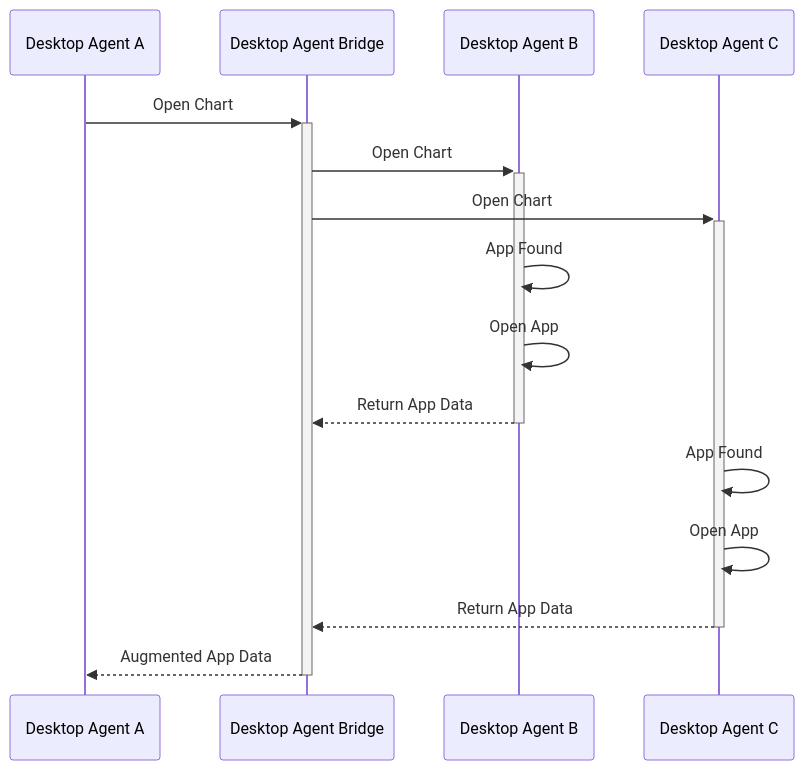
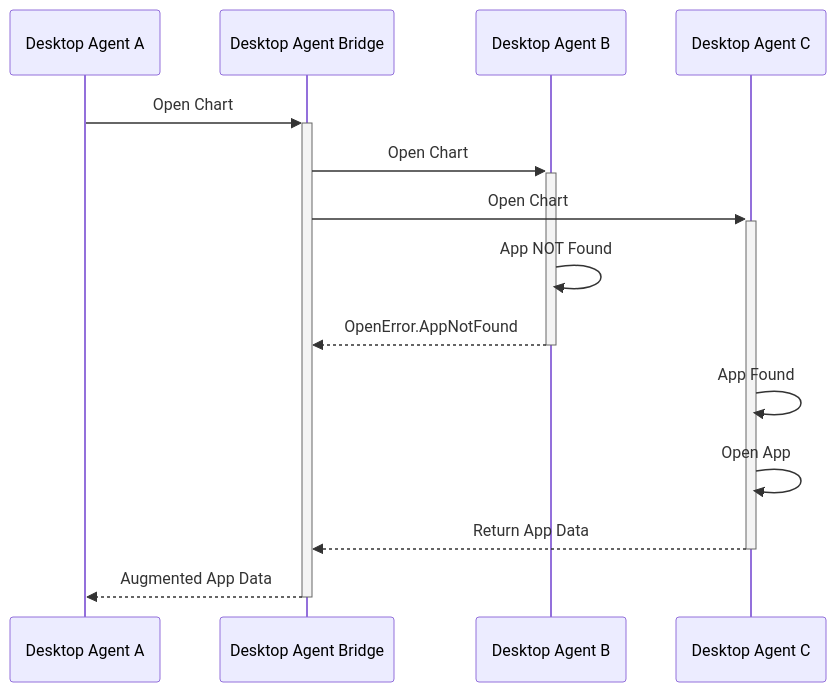
The fourth of 6 diagrams in docs/api-bridging/spec.md (finos/FDC3), drawn with Mermaid before and after one commit. The commit also changed other lines of this file, not shown here.

````diff
--- a/docs/api-bridging/spec.md
+++ b/docs/api-bridging/spec.md
@@ -1093,17 +1117,16 @@
 ```mermaid
 sequenceDiagram
     participant DA as Desktop Agent A
     participant DAB as Desktop Agent Bridge
     participant DB as Desktop Agent B
     participant DC as Desktop Agent C
     DA ->>+ DAB: Open Chart
     DAB ->>+ DB: Open Chart
     DAB ->>+ DC: Open Chart
-    DB ->> DB: App Found
-    DB ->> DB: Open App
-    DB -->>- DAB: Return App Data
+    DB ->> DB: App NOT Found
+    DB -->>- DAB: OpenError.AppNotFound
     DC ->> DC: App Found
     DC ->> DC: Open App
     DC -->>- DAB: Return App Data
     DAB -->>- DA: Augmented App Data
 ```
````
